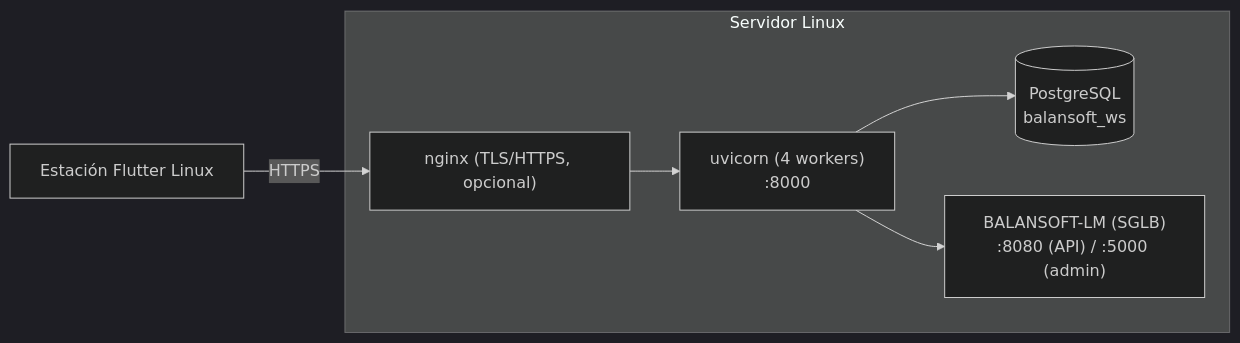
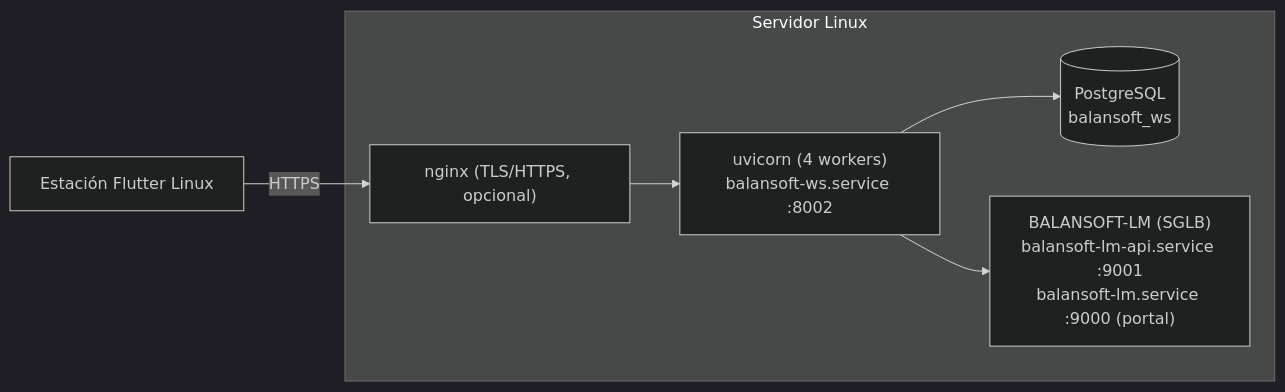
Before and after one commit to panchove/BALANSOFT-WS-DART: the first of 2 diagrams in docs/DEPLOY.md, drawn with Mermaid (dark theme). The commit also changed other lines of this file and 7 other files, not shown here.

````diff
--- a/docs/DEPLOY.md
+++ b/docs/DEPLOY.md
@@ -34,13 +39,13 @@
 ```mermaid
 flowchart LR
     subgraph Servidor[Servidor Linux]
         NGINX["nginx (TLS/HTTPS, opcional)"]
-        API["uvicorn (4 workers)<br/>:8000"]
+        API["uvicorn (4 workers)<br/>balansoft-ws.service :8002"]
         PG[("PostgreSQL<br/>balansoft_ws")]
-        LM["BALANSOFT-LM (SGLB)<br/>:8080 (API) / :5000 (admin)"]
+        LM["BALANSOFT-LM (SGLB)<br/>balansoft-lm-api.service :9001<br/>balansoft-lm.service :9000 (portal)"]
         API --> PG
         API --> LM
         NGINX --> API
     end
     EST["Estación Flutter Linux"] -->|HTTPS| NGINX
 ```
````
